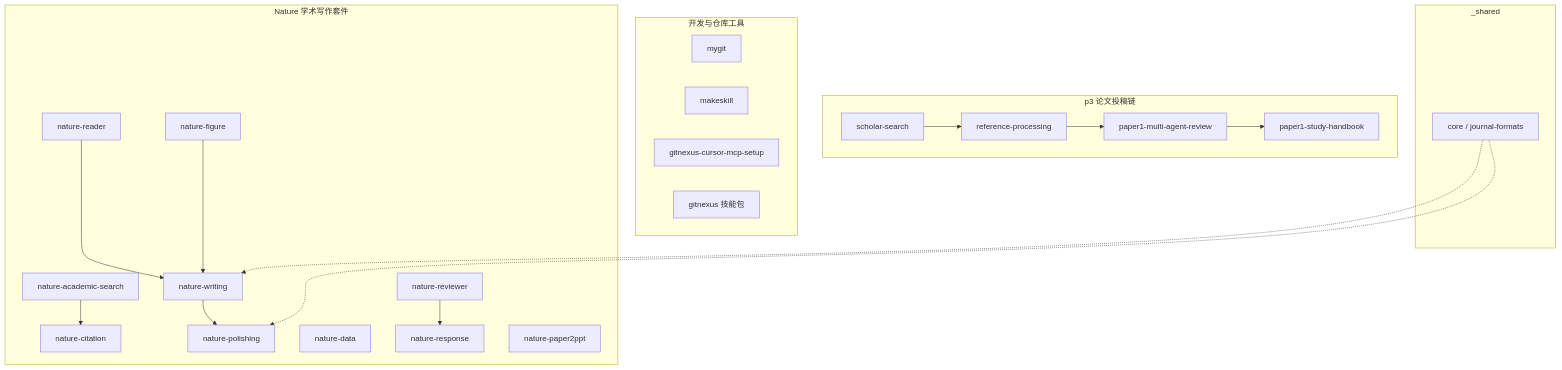
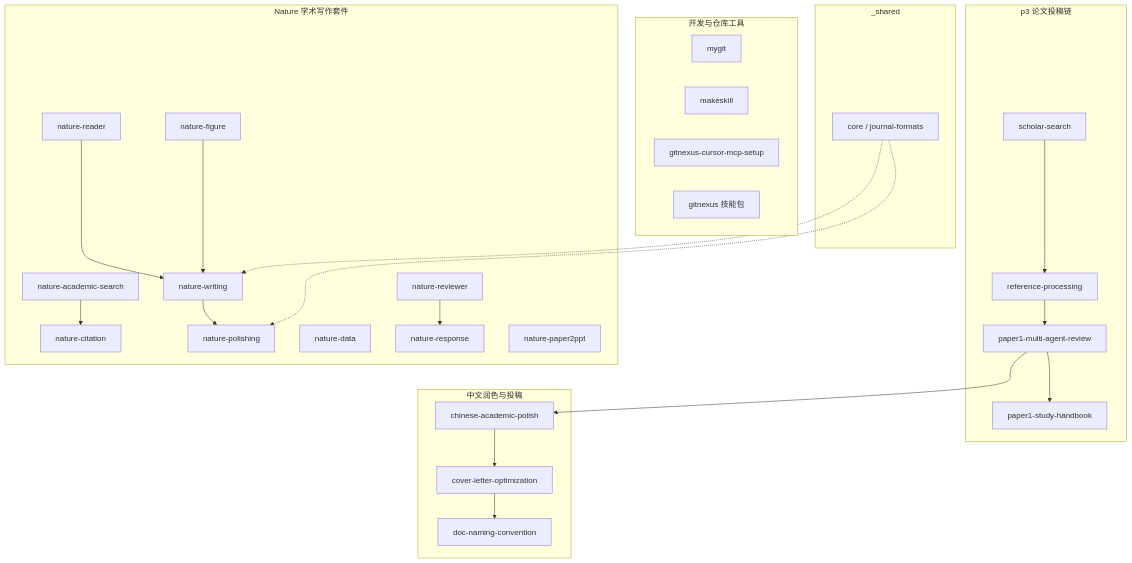
Before and after one commit to shlwsh/p3-microservice: the diagram in .agent/skills/README.md, drawn with Mermaid. The commit also changed other lines of this file and 47 other files, not shown here.

````diff
--- a/.agent/skills/README.md
+++ b/.agent/skills/README.md
@@ -41,44 +41,53 @@
 ```mermaid
 flowchart TB
   subgraph p3 [p3 论文投稿链]
     SS[scholar-search]
     RP[reference-processing]
     REV[paper1-multi-agent-review]
     SH[paper1-study-handbook]
     SS --> RP
     RP --> REV
     REV --> SH
+  end
+
+  subgraph polish [中文润色与投稿]
+    CAP[chinese-academic-polish]
+    CLO[cover-letter-optimization]
+    DNC[doc-naming-convention]
+    CAP --> CLO
+    CLO --> DNC
   end
 
   subgraph nature [Nature 学术写作套件]
     NAS[nature-academic-search]
     NC[nature-citation]
     NW[nature-writing]
     NP[nature-polishing]
     NR[nature-reader]
     NF[nature-figure]
     ND[nature-data]
     NRV[nature-reviewer]
     NRS[nature-response]
     PPT[nature-paper2ppt]
     NAS --> NC
     NR --> NW
     NW --> NP
     NF --> NW
     NRV --> NRS
   end
 
   subgraph dev [开发与仓库工具]
     MG[mygit]
     MS[makeskill]
     GN[gitnexus-cursor-mcp-setup]
     GNX[gitnexus 技能包]
   end
 
   subgraph shared [_shared]
     SHRD[core / journal-formats]
   end
 
+  REV --> CAP
   SHRD -.-> NW
   SHRD -.-> NP
 ```
````
